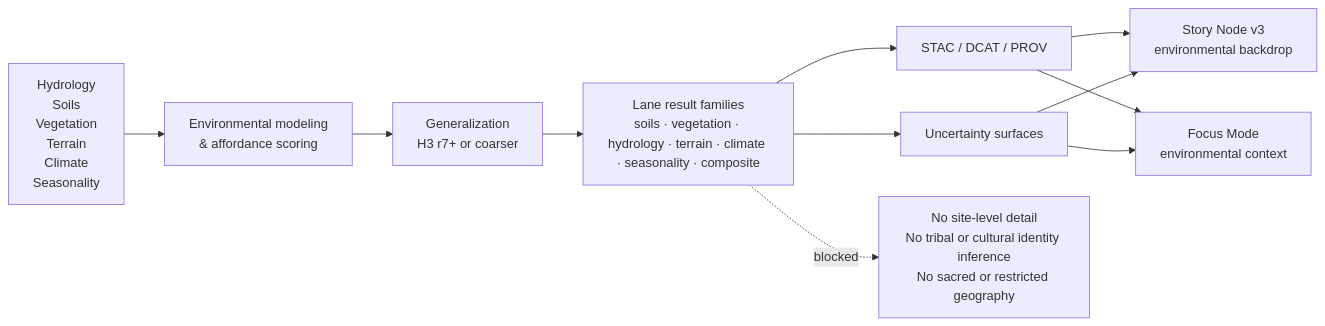
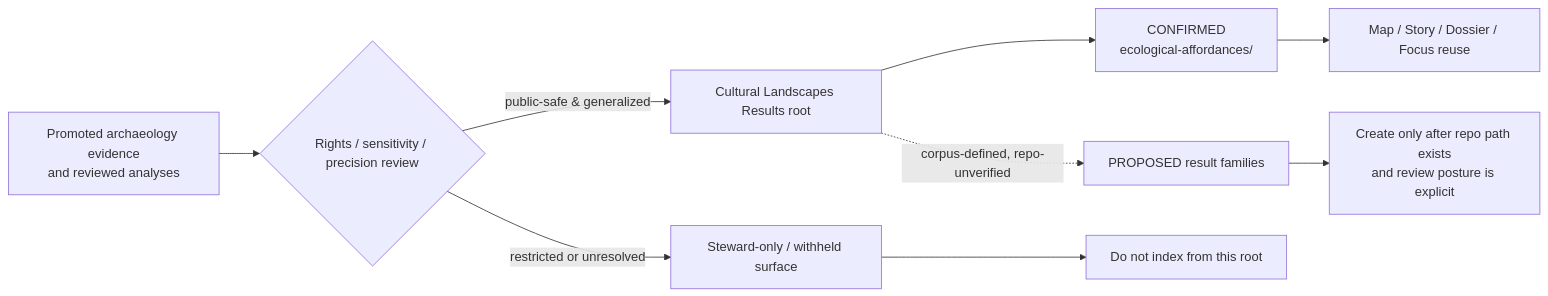
Before and after one commit to bartytime4life/Kansas-Frontier-Matrix: the diagram in docs/analyses/archaeology/results/notebooks/cultural-landscapes/README.md, drawn with Mermaid. The commit also changed other lines of this file, not shown here.

````diff
--- a/docs/analyses/archaeology/results/notebooks/cultural-landscapes/README.md
+++ b/docs/analyses/archaeology/results/notebooks/cultural-landscapes/README.md
@@ -258,13 +204,11 @@
 ```mermaid
 flowchart LR
-    A[Hydrology<br/>Soils<br/>Vegetation<br/>Terrain<br/>Climate<br/>Seasonality] --> B[Environmental modeling<br/>& affordance scoring]
-    B --> C[Generalization<br/>H3 r7+ or coarser]
-    C --> D[Lane result families<br/>soils · vegetation · hydrology · terrain · climate · seasonality · composite]
-    D --> E[Uncertainty surfaces]
-    D --> F[STAC / DCAT / PROV]
-    F --> G[Story Node v3<br/>environmental backdrop]
-    F --> H[Focus Mode<br/>environmental context]
-    E --> G
-    E --> H
-    D -. blocked .-> X[No site-level detail<br/>No tribal or cultural identity inference<br/>No sacred or restricted geography]
+    A[Promoted archaeology evidence<br/>and reviewed analyses] --> B{Rights / sensitivity / precision review}
+    B -->|public-safe & generalized| C[Cultural Landscapes Results root]
+    B -->|restricted or unresolved| D[Steward-only / withheld surface]
+    C --> E[CONFIRMED<br/>ecological-affordances/]
+    C -. corpus-defined, repo-unverified .-> F[PROPOSED result families]
+    E --> G[Map / Story / Dossier / Focus reuse]
+    F --> H[Create only after repo path exists<br/>and review posture is explicit]
+    D --> I[Do not index from this root]
 ```
````
